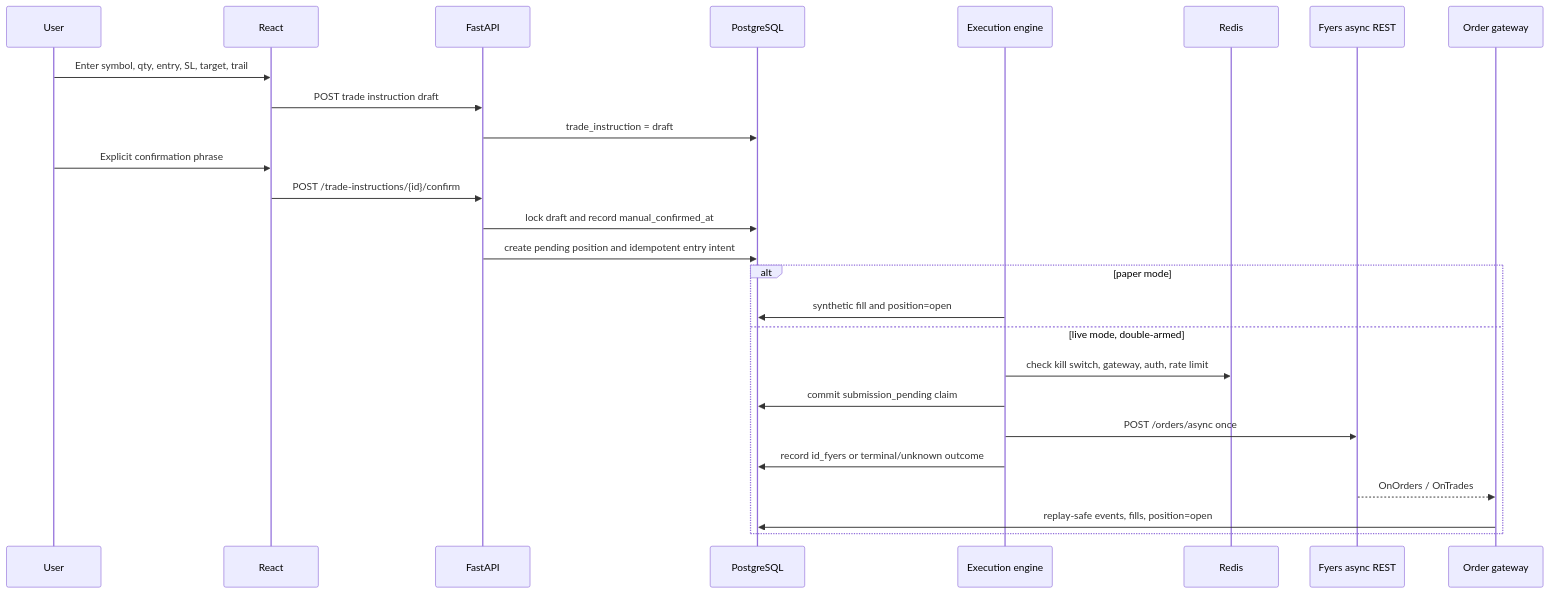
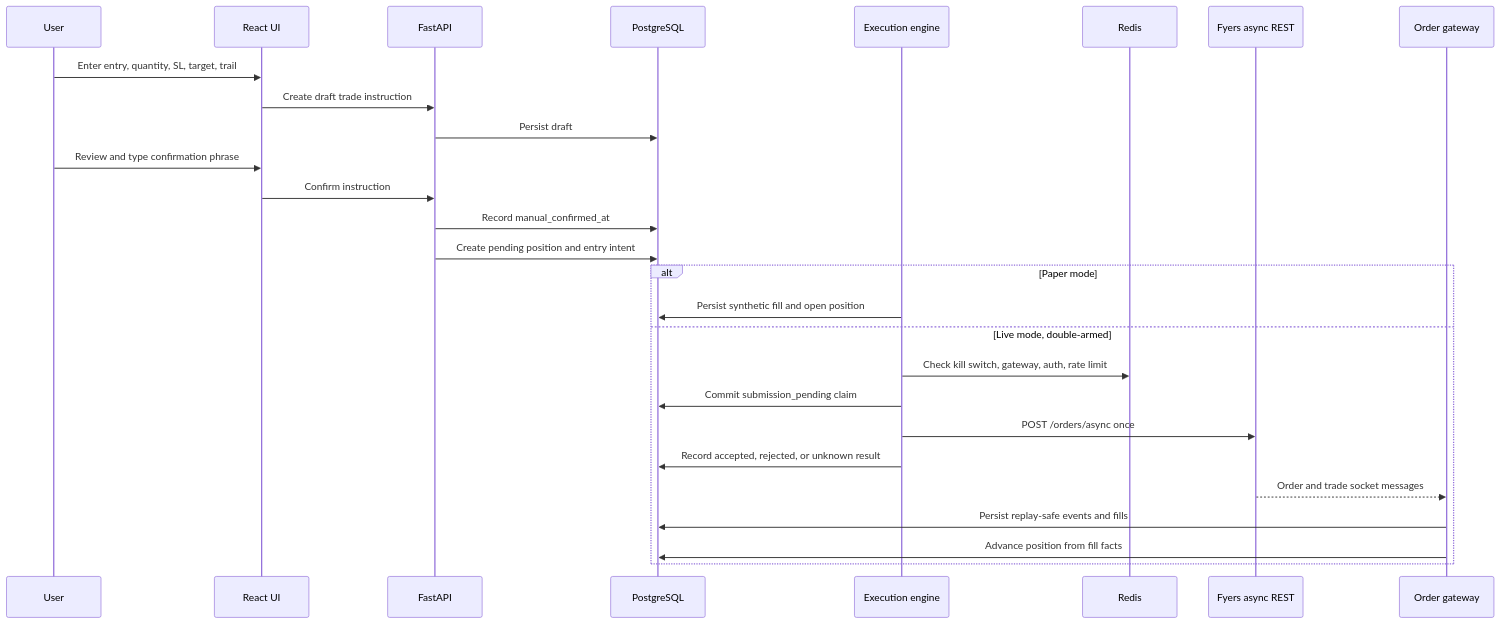
One commit to visheshgubrani/SwingTraderVCP changed the third of 4 diagrams in architecture.md. Above: the diagram before and after it, drawn with Mermaid. The commit also changed other lines of this file and 56 other files, not shown here.

````diff
--- a/architecture.md
+++ b/architecture.md
@@ -368,29 +226,30 @@
-  ```mermaid
-  sequenceDiagram
-      participant U as User
-      participant UI as React
-      participant API as FastAPI
-      participant DB as PostgreSQL
-      participant EE as Execution engine
-      participant R as Redis
-      participant FY as Fyers async REST
-      participant OG as Order gateway
+```mermaid
+sequenceDiagram
+    participant U as User
+    participant UI as React UI
+    participant API as FastAPI
+    participant DB as PostgreSQL
+    participant EE as Execution engine
+    participant R as Redis
+    participant FY as Fyers async REST
+    participant OG as Order gateway
 
-      U->>UI: Enter symbol, qty, entry, SL, target, trail
-      UI->>API: POST trade instruction draft
-      API->>DB: trade_instruction = draft
-      U->>UI: Explicit confirmation phrase
-      UI->>API: POST /trade-instructions/{id}/confirm
-      API->>DB: lock draft and record manual_confirmed_at
-      API->>DB: create pending position and idempotent entry intent
-      alt paper mode
-          EE->>DB: synthetic fill and position=open
-      else live mode, double-armed
-          EE->>R: check kill switch, gateway, auth, rate limit
-          EE->>DB: commit submission_pending claim
-          EE->>FY: POST /orders/async once
-          EE->>DB: record id_fyers or terminal/unknown outcome
-          FY-->>OG: OnOrders / OnTrades
-          OG->>DB: replay-safe events, fills, position=open
-      end
-  ```
+    U->>UI: Enter entry, quantity, SL, target, trail
+    UI->>API: Create draft trade instruction
+    API->>DB: Persist draft
+    U->>UI: Review and type confirmation phrase
+    UI->>API: Confirm instruction
+    API->>DB: Record manual_confirmed_at
+    API->>DB: Create pending position and entry intent
+    alt Paper mode
+        EE->>DB: Persist synthetic fill and open position
+    else Live mode, double-armed
+        EE->>R: Check kill switch, gateway, auth, rate limit
+        EE->>DB: Commit submission_pending claim
+        EE->>FY: POST /orders/async once
+        EE->>DB: Record accepted, rejected, or unknown result
+        FY-->>OG: Order and trade socket messages
+        OG->>DB: Persist replay-safe events and fills
+        OG->>DB: Advance position from fill facts
+    end
+```
````
